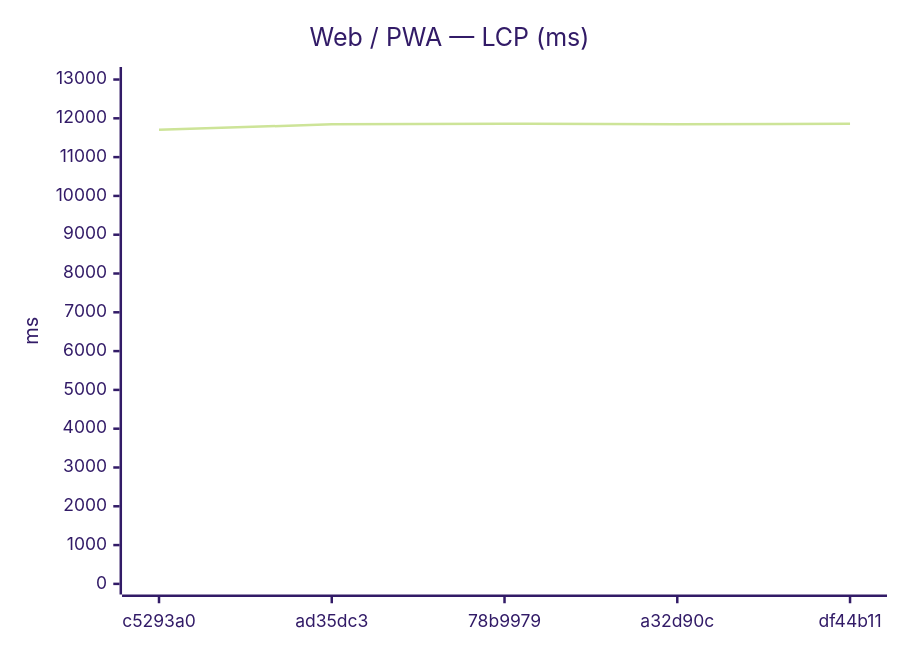
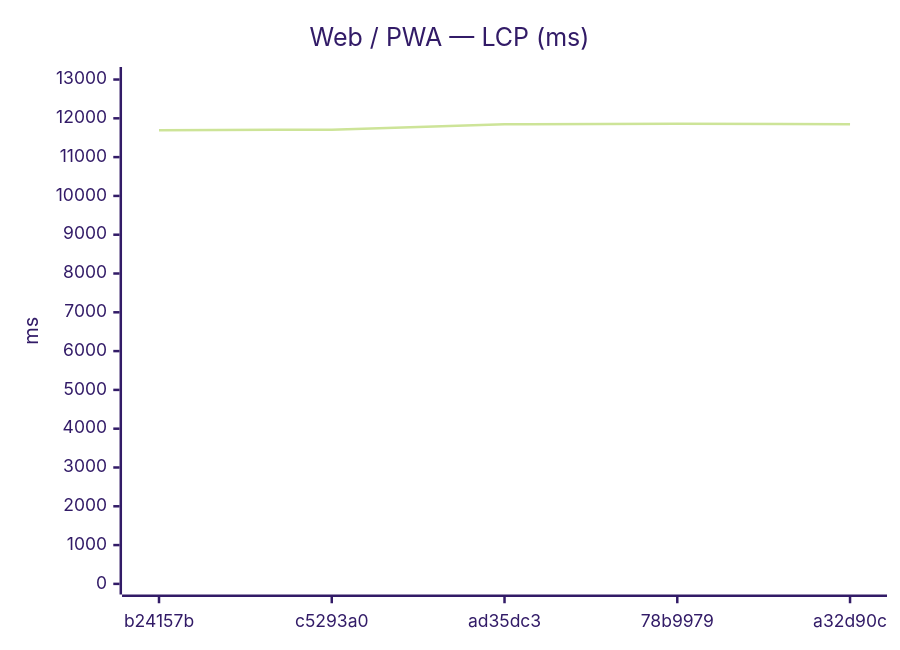
One commit to Metaheurist/Rianell changed the ninth of 24 diagrams in benchmarks/compare.md. Above: the diagram before and after it, drawn with Mermaid (forest theme). The commit also changed other lines of this file and 14 other files, not shown here.

````diff
--- a/benchmarks/compare.md
+++ b/benchmarks/compare.md
@@ -144,7 +144,7 @@
 ```mermaid
 xychart-beta
     title "Web / PWA — LCP (ms)"
-    x-axis ["c5293a0", "ad35dc3", "78b9979", "a32d90c", "df44b11"]
+    x-axis ["b24157b", "c5293a0", "ad35dc3", "78b9979", "a32d90c"]
     y-axis "ms" 0 --> 13049
-    line [11707, 11844, 11862, 11845, 11860]
+    line [11695, 11707, 11844, 11862, 11845]
 ```
````
